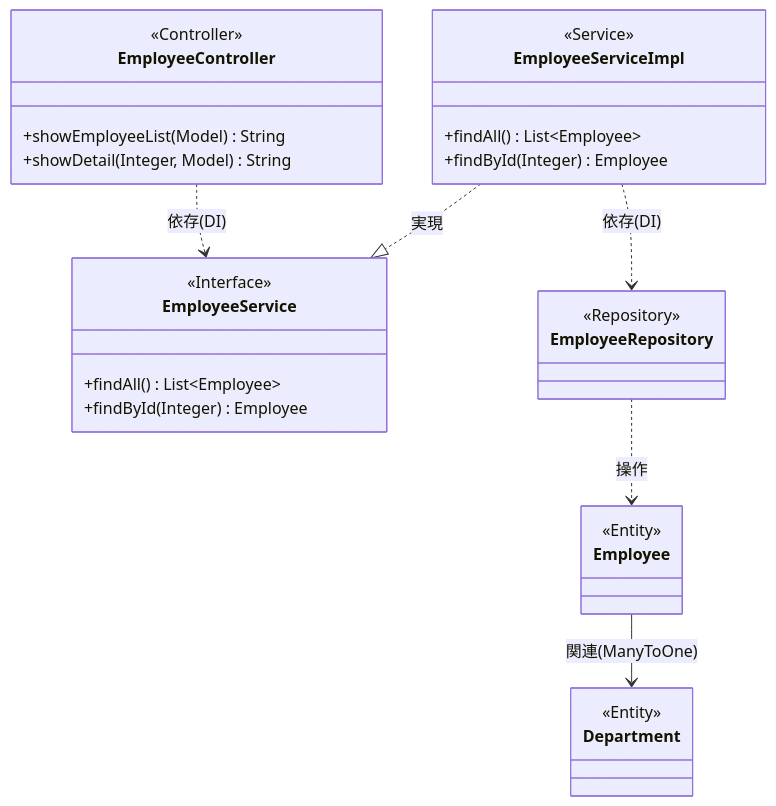
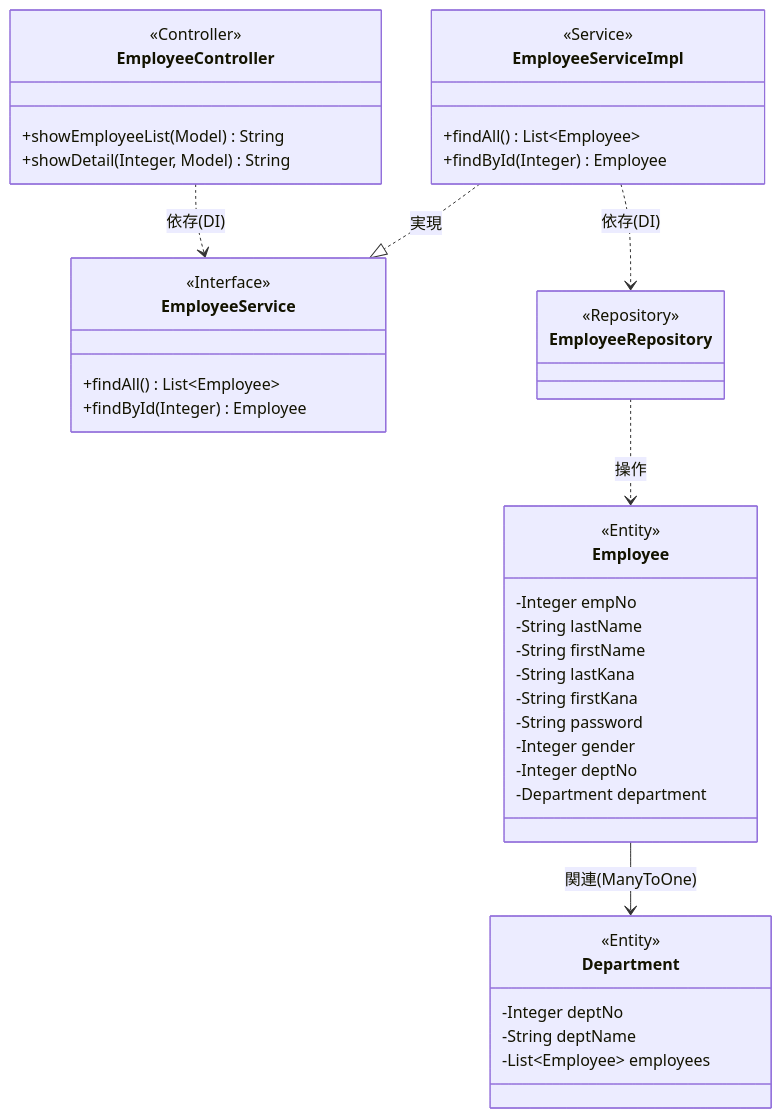
Before and after one commit to juyeongjung1/NewEIMS: diagram 17 of 29 in EIMS_Comprehensive_Exercise_Guide.md, drawn with Mermaid. The commit also changed other lines of this file and 68 other files, not shown here.

````diff
--- a/EIMS_Comprehensive_Exercise_Guide.md
+++ b/EIMS_Comprehensive_Exercise_Guide.md
@@ -1297,29 +1442,45 @@
 ```mermaid
 classDiagram
     class EmployeeController {
         <<Controller>>
         +showEmployeeList(Model) String
         +showDetail(Integer, Model) String
     }
     class EmployeeService {
         <<Interface>>
         +findAll() List~Employee~
         +findById(Integer) Employee
     }
     class EmployeeServiceImpl {
         <<Service>>
         +findAll() List~Employee~
         +findById(Integer) Employee
     }
     class EmployeeRepository {
         <<Repository>>
     }
-    class Employee { <<Entity>> }
-    class Department { <<Entity>> }
+    class Employee {
+        <<Entity>>
+        -Integer empNo
+        -String lastName
+        -String firstName
+        -String lastKana
+        -String firstKana
+        -String password
+        -Integer gender
+        -Integer deptNo
+        -Department department
+    }
+    class Department {
+        <<Entity>>
+        -Integer deptNo
+        -String deptName
+        -List~Employee~ employees
+    }
 
     EmployeeController ..> EmployeeService : 依存(DI)
     EmployeeServiceImpl ..|> EmployeeService : 実現
     EmployeeServiceImpl ..> EmployeeRepository : 依存(DI)
     EmployeeRepository ..> Employee : 操作
     Employee --> Department : 関連(ManyToOne)
 ```
````
